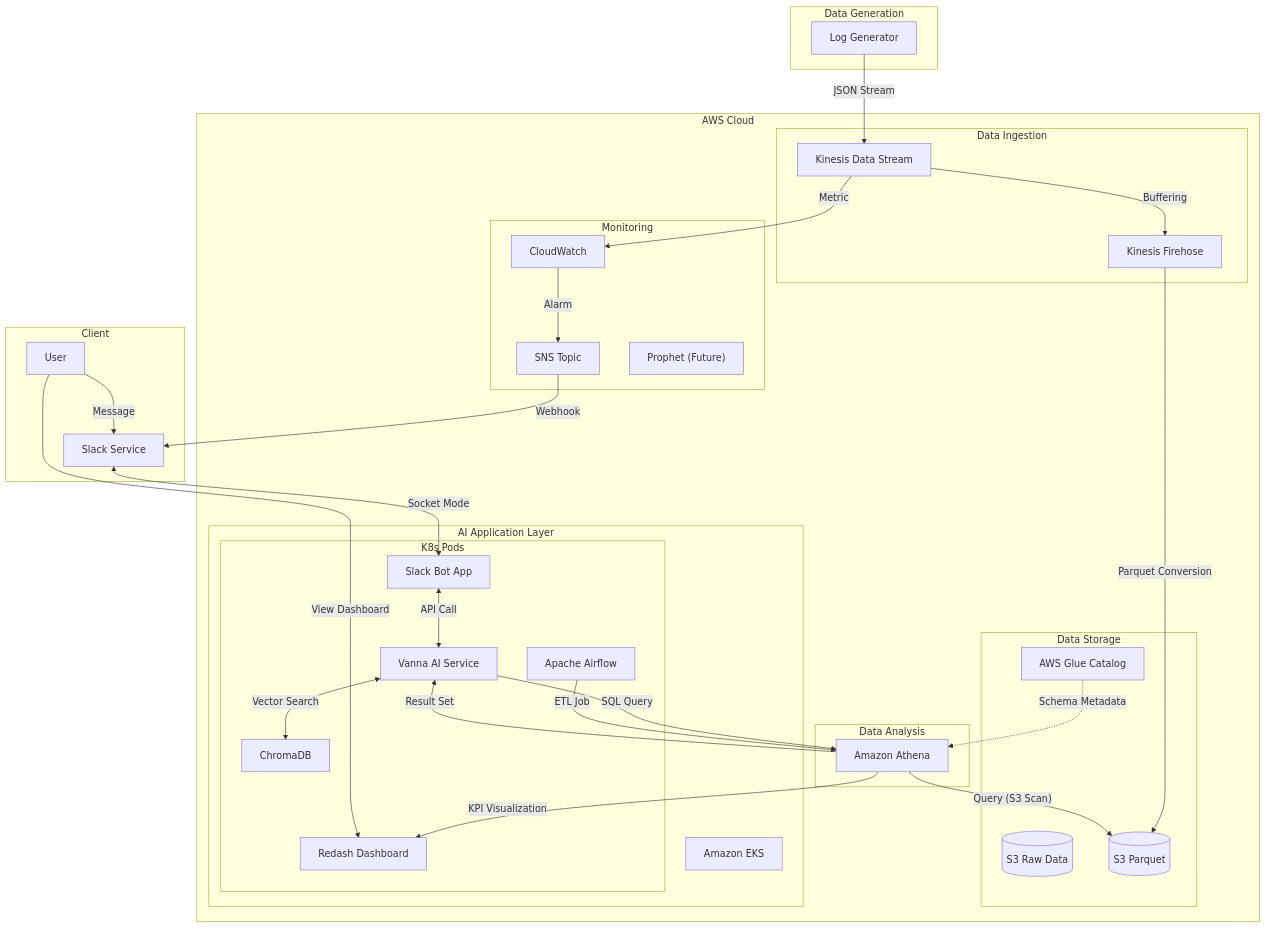
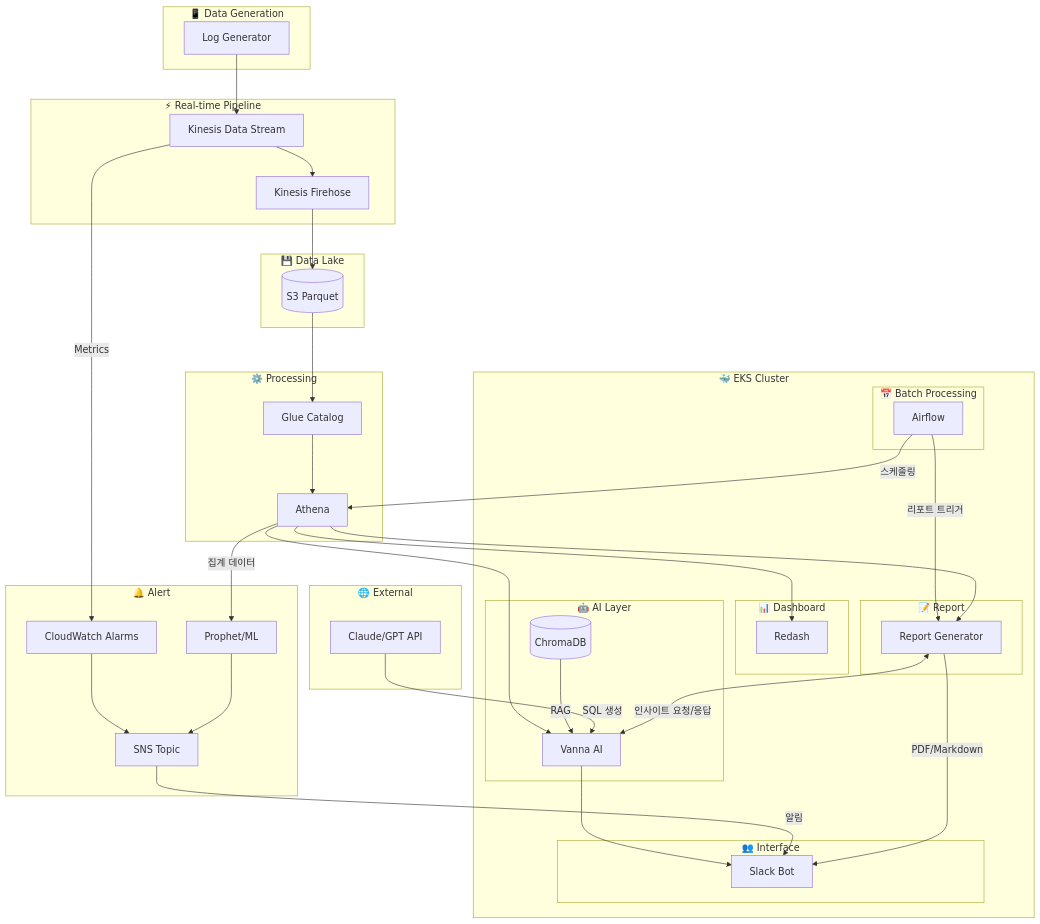
Before and after one commit to janghyunwoo2/CAPA: the first of 2 diagrams in docs/t1/implementation_guide.md, drawn with Mermaid. The commit also changed other lines of this file and 11 other files, not shown here.

Commit message:
feat: E2E 테스트3 완료- Athena 통합 데이터 소스

````diff
--- a/docs/t1/implementation_guide.md
+++ b/docs/t1/implementation_guide.md
@@ -39,67 +39,82 @@
 ```mermaid
 flowchart TB
-    subgraph DataGen["Data Generation"]
-        LogGen[Log Generator]
+    subgraph DataGen["📱 Data Generation"]
+        LG[Log Generator]
+    end
+    
+    subgraph Streaming["⚡ Real-time Pipeline"]
+        KDS[Kinesis Data Stream]
+        KDF[Kinesis Firehose]
+    end
+    
+    subgraph Storage["💾 Data Lake"]
+        S3[(S3 Parquet)]
+    end
+    
+    subgraph Processing["⚙️ Processing"]
+        GLU[Glue Catalog]
+        ATH[Athena]
+    end
+    
+    subgraph EKS["🐳 EKS Cluster"]
+        subgraph Batch["📅 Batch Processing"]
+            AIR[Airflow]
+        end
+        
+        subgraph AI["🤖 AI Layer"]
+            VAN[Vanna AI]
+            CHR[(ChromaDB)]
+        end
+        
+        subgraph Dashboard["📊 Dashboard"]
+            RDS[Redash]
+        end
+        
+        subgraph Report["📝 Report"]
+            RPT[Report Generator]
+        end
+        
+        subgraph Interface["👥 Interface"]
+            SLK[Slack Bot]
+        end
+    end
+    
+    subgraph Alert["🔔 Alert"]
+        CW[CloudWatch Alarms]
+        SNS[SNS Topic]
+        PRO[Prophet/ML]
+    end
+    
+    subgraph External["🌐 External"]
+        LLM[Claude/GPT API]
     end
 
-    subgraph AWS["AWS Cloud"]
-        subgraph Ingestion["Data Ingestion"]
-            KDS[Kinesis Data Stream]
-            KDF[Kinesis Firehose]
-        end
-
-        subgraph Storage["Data Storage"]
-            S3_Raw[(S3 Raw Data)]
-            S3_Processed[(S3 Parquet)]
-            Glue[AWS Glue Catalog]
-        end
-
-        subgraph Analysis["Data Analysis"]
-            Athena[Amazon Athena]
-        end
-
-        subgraph AI_App["AI Application Layer"]
-            EKS[Amazon EKS]
-            subgraph Pods["K8s Pods"]
-                Vanna[Vanna AI Service]
-                Chroma[ChromaDB]
-                Airflow[Apache Airflow]
-                Redash[Redash Dashboard]
-                SlackBot[Slack Bot App]
-            end
-        end
-        
-        subgraph Monitoring["Monitoring"]
-            CW[CloudWatch]
-            SNS[SNS Topic]
-            Prophet["Prophet (Future)"]
-        end
-    end
-
-    subgraph Client["Client"]
-        SlackUI[Slack Service]
-        User[User]
-    end
-
-    LogGen -->|"JSON Stream"| KDS
-    KDS -->|"Buffering"| KDF
-    KDF -->|"Parquet Conversion"| S3_Processed
-    Glue -.->|"Schema Metadata"| Athena
-    Athena -->|"Query (S3 Scan)"| S3_Processed
+    %% 데이터 흐름
+    LG --> KDS --> KDF --> S3
+    S3 --> GLU --> ATH
     
-    User -->|"Message"| SlackUI
-    SlackUI <-->|"Socket Mode"| SlackBot
-    SlackBot <-->|"API Call"| Vanna
-    Vanna <-->|"Vector Search"| Chroma
-    Vanna -->|"SQL Query"| Athena
-    Athena -->|"Result Set"| Vanna
+    %% 배치 처리
+    AIR -->|스케줄링| ATH
+    AIR -->|리포트 트리거| RPT
     
-    Airflow -->|"ETL Job"| Athena
+    %% AI Layer
+    ATH --> VAN
+    CHR -->|RAG| VAN
+    LLM -->|SQL 생성| VAN
+    VAN --> SLK
     
-    KDS -->|"Metric"| CW
-    CW -->|"Alarm"| SNS
-    SNS -->|"Webhook"| SlackUI
+    %% Dashboard
+    ATH --> RDS
     
-    Athena -->|"KPI Visualization"| Redash
-    User -->|"View Dashboard"| Redash
+    %% Alert
+    KDS -->|Metrics| CW
+    ATH -->|집계 데이터| PRO
+    CW --> SNS
+    PRO --> SNS
+    SNS -->|알림| SLK
+    
+    %% Report
+    ATH --> RPT
+    RPT <-->|인사이트 요청/응답| VAN
+    RPT -->|PDF/Markdown| SLK
 ```
````
